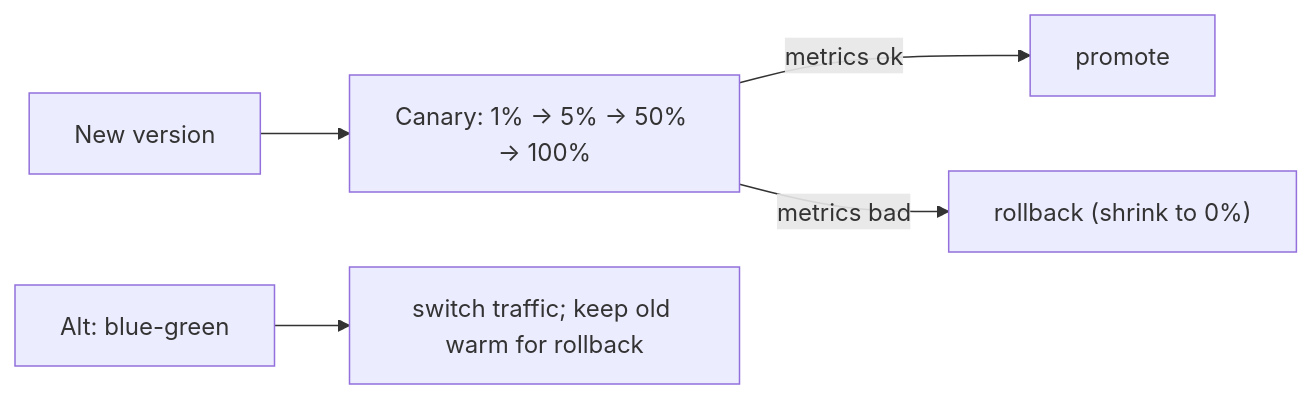
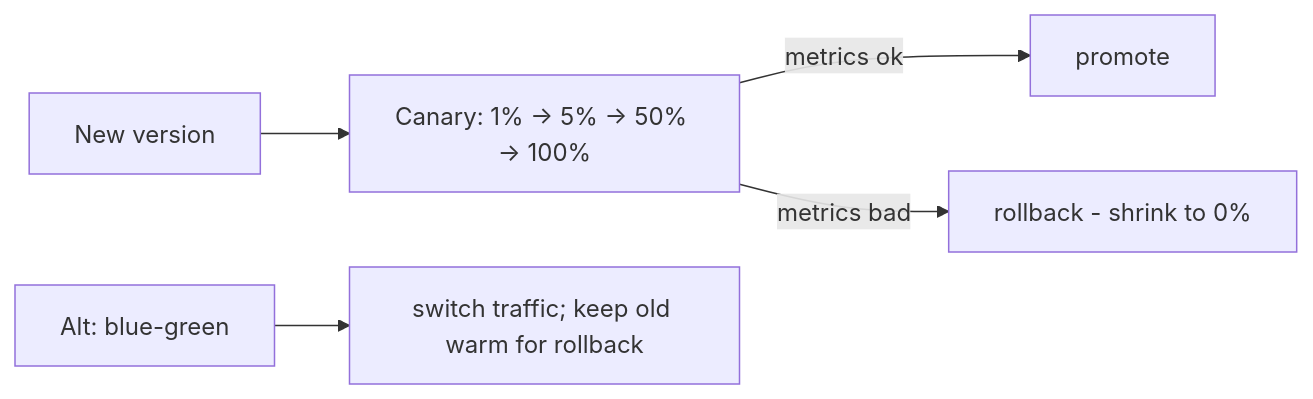
Before and after one commit to RIT-MESH/system-design-mastery: the diagram in docs/09-cloud-platform/05-ci-cd-deployment-feature-flags.md, drawn with Mermaid. The commit also changed 139 other files, not shown here.

First line of the commit message:
Fix Mermaid parse errors: replace parentheses in node labels across 140 files

````diff
--- a/docs/09-cloud-platform/05-ci-cd-deployment-feature-flags.md
+++ b/docs/09-cloud-platform/05-ci-cd-deployment-feature-flags.md
@@ -24,9 +24,9 @@
 ```mermaid
 %% created-for: system-design-mastery
 flowchart LR
   New["New version"]
   New --> Canary["Canary: 1% -> 5% -> 50% -> 100%"]
   Canary -->|"metrics ok"| Promote["promote"]
-  Canary -->|"metrics bad"| Rollback["rollback (shrink to 0%)"]
+  Canary -->|"metrics bad"| Rollback["rollback - shrink to 0%"]
   New2["Alt: blue-green"] --> Switch["switch traffic; keep old warm for rollback"]
 ```
````
